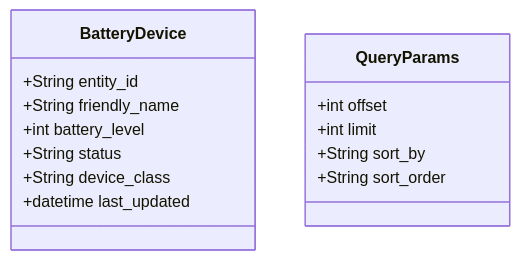
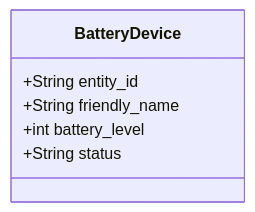
Before and after one commit to declanshanaghy/vulcan-brownout: the fifth of 6 diagrams in vulcan-brownout-team/ux-designer/ux-assets/mermaid-style-guide.md, drawn with Mermaid. The commit also changed other lines of this file and 77 other files, not shown here.

````diff
--- a/vulcan-brownout-team/ux-designer/ux-assets/mermaid-style-guide.md
+++ b/vulcan-brownout-team/ux-designer/ux-assets/mermaid-style-guide.md
@@ -108,18 +100,9 @@
 ```mermaid
 classDiagram
     class BatteryDevice {
         +String entity_id
         +String friendly_name
         +int battery_level
         +String status
-        +String device_class
-        +datetime last_updated
-    }
-
-    class QueryParams {
-        +int offset
-        +int limit
-        +String sort_by
-        +String sort_order
     }
 ```
````
